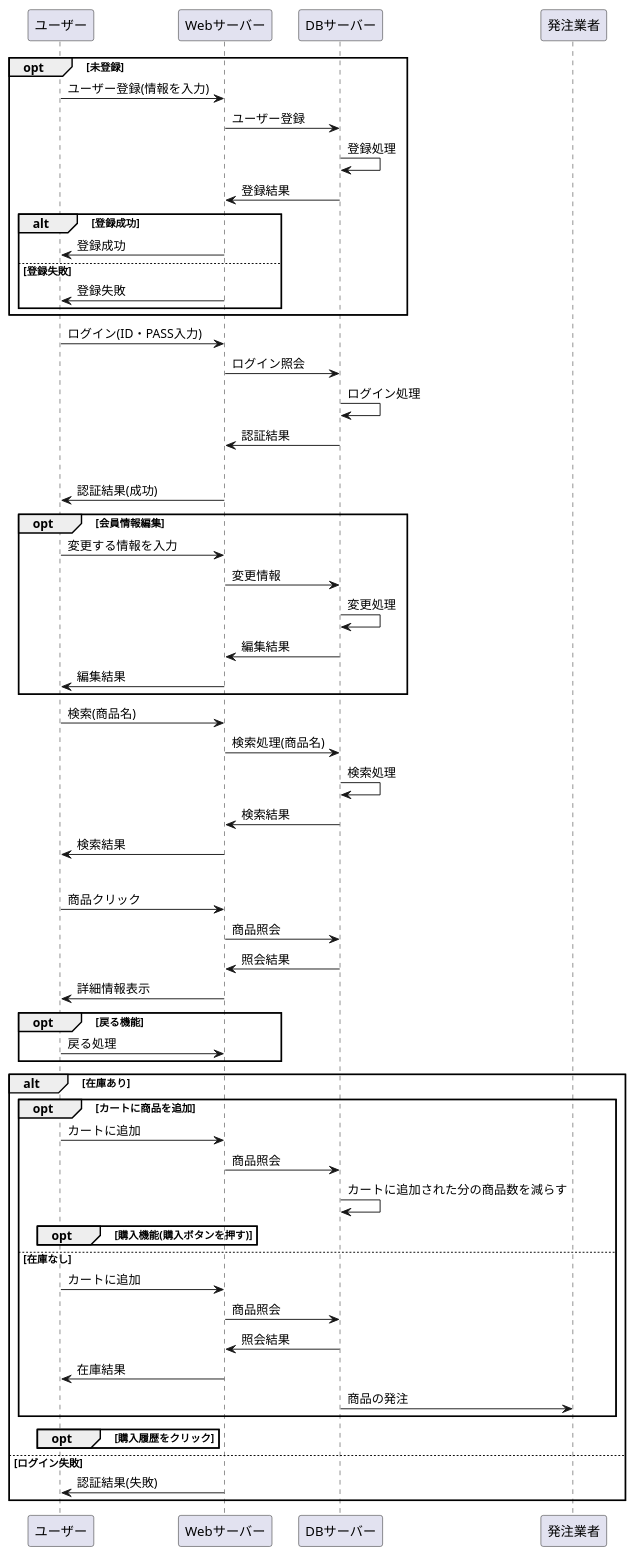
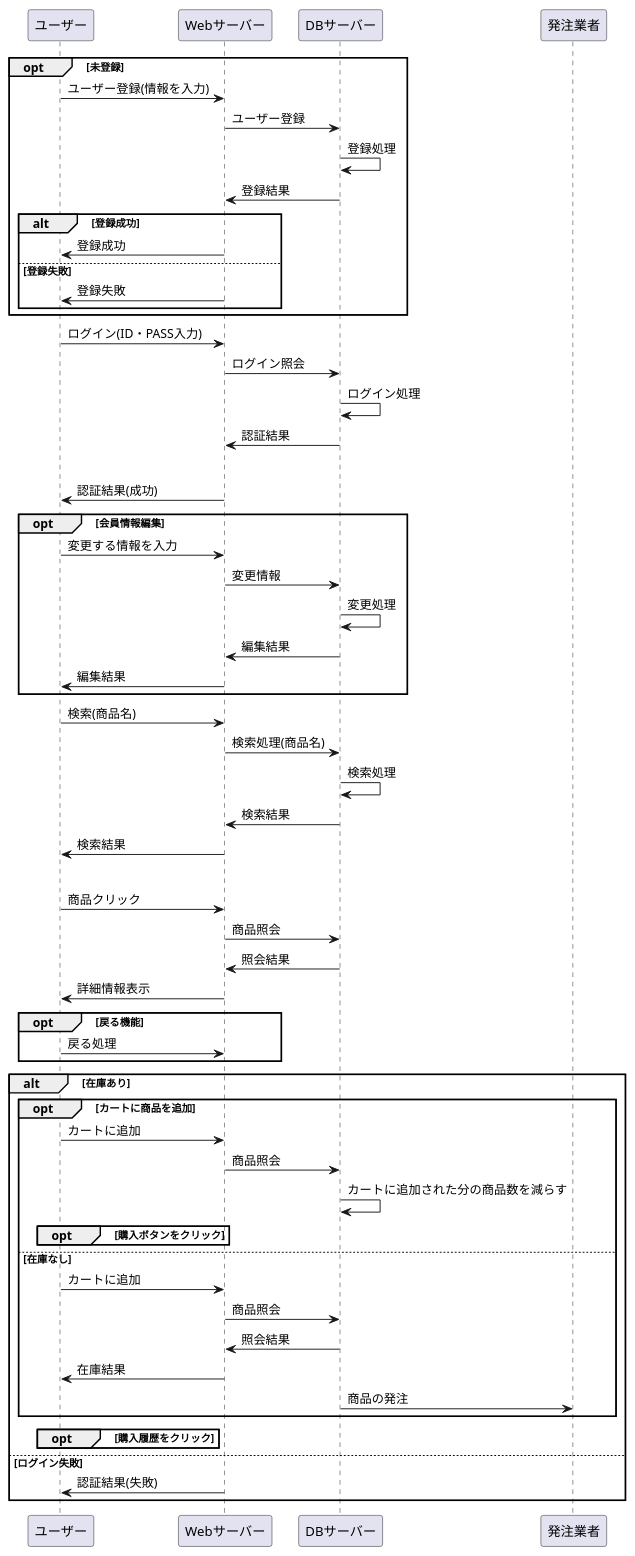
The diagram in 設計書/02_業務フロー/Business-Flow.md (Aso2001227/Aso-Sports-1), drawn with PlantUML before and after one commit.

````diff
--- a/設計書/02_業務フロー/Business-Flow.md
+++ b/設計書/02_業務フロー/Business-Flow.md
@@ -1,67 +1,67 @@
 ```uml
 @startuml
 opt 未登録
 ユーザー -> Webサーバー : ユーザー登録(情報を入力)
 Webサーバー -> DBサーバー : ユーザー登録
 DBサーバー -> DBサーバー : 登録処理
 DBサーバー -> Webサーバー : 登録結果
 
 alt 登録成功
 Webサーバー -> ユーザー : 登録成功
 else 登録失敗
 Webサーバー -> ユーザー : 登録失敗
 end
 end
 
 ユーザー -> Webサーバー : ログイン(ID・PASS入力)
 Webサーバー -> DBサーバー : ログイン照会
 DBサーバー -> DBサーバー : ログイン処理
 DBサーバー -> Webサーバー : 認証結果
 
 alt ログイン成功
 Webサーバー -> ユーザー : 認証結果(成功)
 
 opt 会員情報編集
 ユーザー -> Webサーバー : 変更する情報を入力
 Webサーバー -> DBサーバー :変更情報
 DBサーバー -> DBサーバー : 変更処理
 DBサーバー -> Webサーバー : 編集結果
 Webサーバー -> ユーザー : 編集結果
 end
 
 ユーザー -> Webサーバー : 検索(商品名)
 Webサーバー -> DBサーバー : 検索処理(商品名)
 DBサーバー -> DBサーバー : 検索処理
 DBサーバー -> Webサーバー : 検索結果
 Webサーバー -> ユーザー : 検索結果
 
 opt 商品クリック(詳細表示)
 ユーザー -> Webサーバー : 商品クリック
 Webサーバー -> DBサーバー : 商品照会
 DBサーバー -> Webサーバー : 照会結果
 Webサーバー -> ユーザー : 詳細情報表示
 opt 戻る機能
 ユーザー -> Webサーバー : 戻る処理
 end
 alt 在庫あり
 opt カートに商品を追加
 ユーザー -> Webサーバー : カートに追加
 Webサーバー -> DBサーバー : 商品照会
 DBサーバー -> DBサーバー : カートに追加された分の商品数を減らす
-opt 購入機能(購入ボタンを押す)
+opt 購入ボタンをクリック
 
 end
 else 在庫なし
 ユーザー -> Webサーバー : カートに追加
 Webサーバー -> DBサーバー : 商品照会
 DBサーバー -> Webサーバー : 照会結果
 Webサーバー -> ユーザー : 在庫結果
 DBサーバー -> 発注業者 : 商品の発注
 end
 opt 購入履歴をクリック
 end
 else ログイン失敗
 Webサーバー -> ユーザー : 認証結果(失敗)
 end
 @enduml
 ```
````
